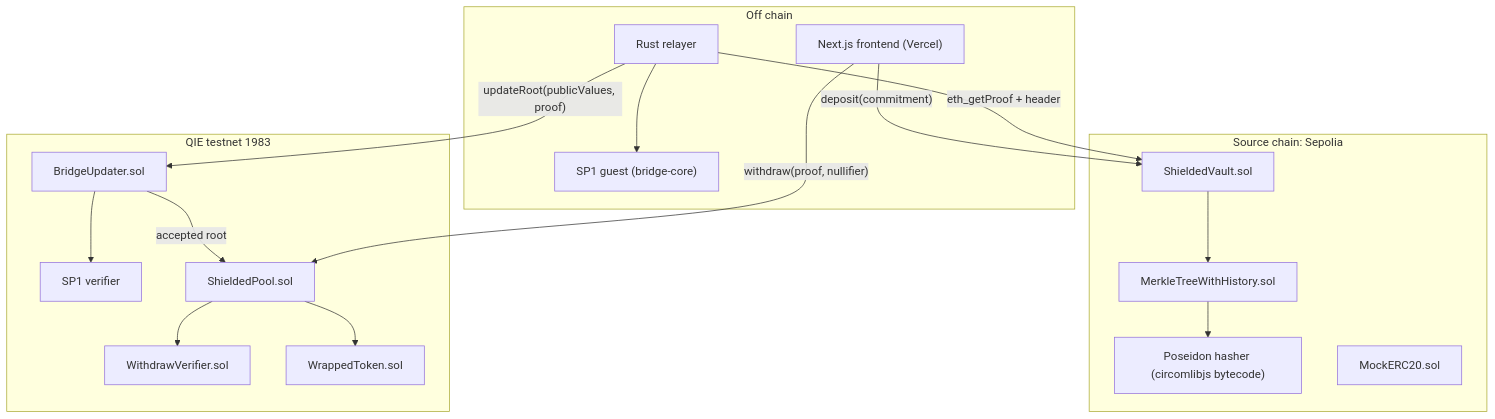
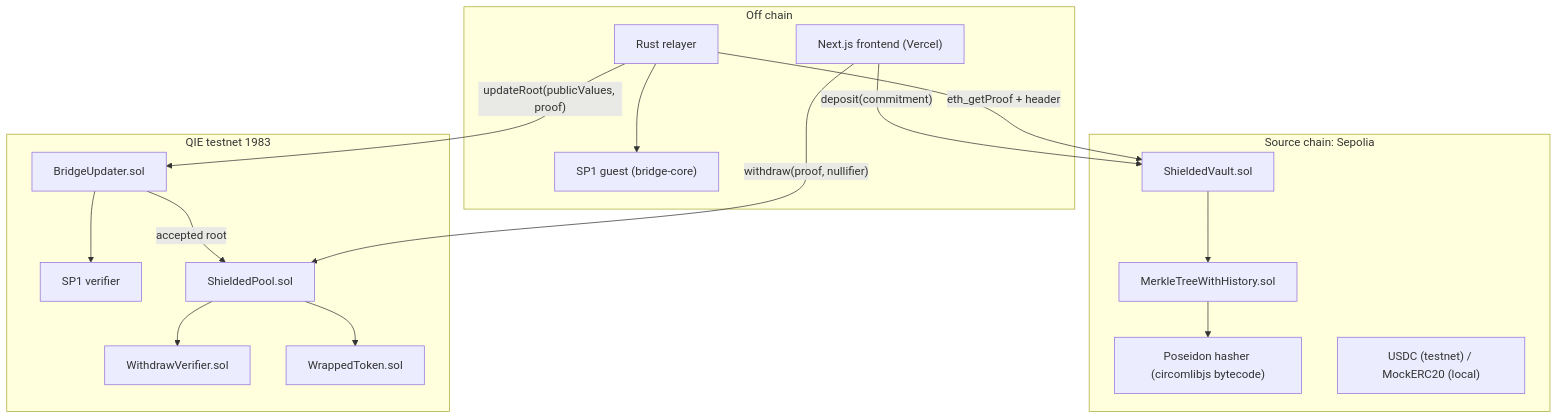
Before and after one commit to nikillxh/veil-bridge: the diagram in ARCHITECTURE.md, drawn with Mermaid. The commit also changed other lines of this file and 25 other files, not shown here.

````diff
--- a/ARCHITECTURE.md
+++ b/ARCHITECTURE.md
@@ -8,34 +8,34 @@
 ```mermaid
 flowchart TB
   subgraph src [Source chain: Sepolia]
     vault["ShieldedVault.sol"]
     tree["MerkleTreeWithHistory.sol"]
     hasher["Poseidon hasher (circomlibjs bytecode)"]
-    token["MockERC20.sol"]
+    token["USDC (testnet) / MockERC20 (local)"]
   end
 
   subgraph offchain [Off chain]
     relayer["Rust relayer"]
     guest["SP1 guest (bridge-core)"]
     fe["Next.js frontend (Vercel)"]
   end
 
   subgraph qie [QIE testnet 1983]
     updater["BridgeUpdater.sol"]
     sp1v["SP1 verifier"]
     pool["ShieldedPool.sol"]
     g16["WithdrawVerifier.sol"]
     wtoken["WrappedToken.sol"]
   end
 
   fe -->|"deposit(commitment)"| vault
   vault --> tree --> hasher
   relayer -->|"eth_getProof + header"| vault
   relayer --> guest
   relayer -->|"updateRoot(publicValues, proof)"| updater
   updater --> sp1v
   updater -->|"accepted root"| pool
   fe -->|"withdraw(proof, nullifier)"| pool
   pool --> g16
   pool --> wtoken
 ```
````
